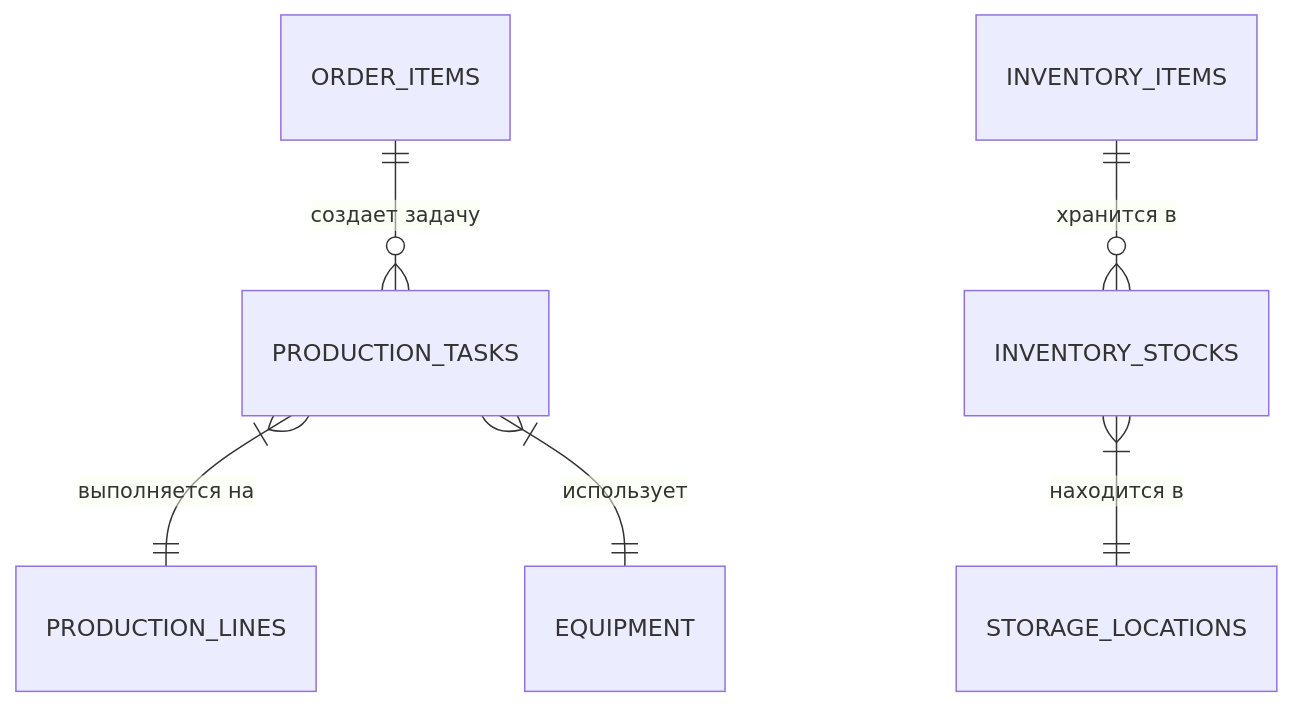
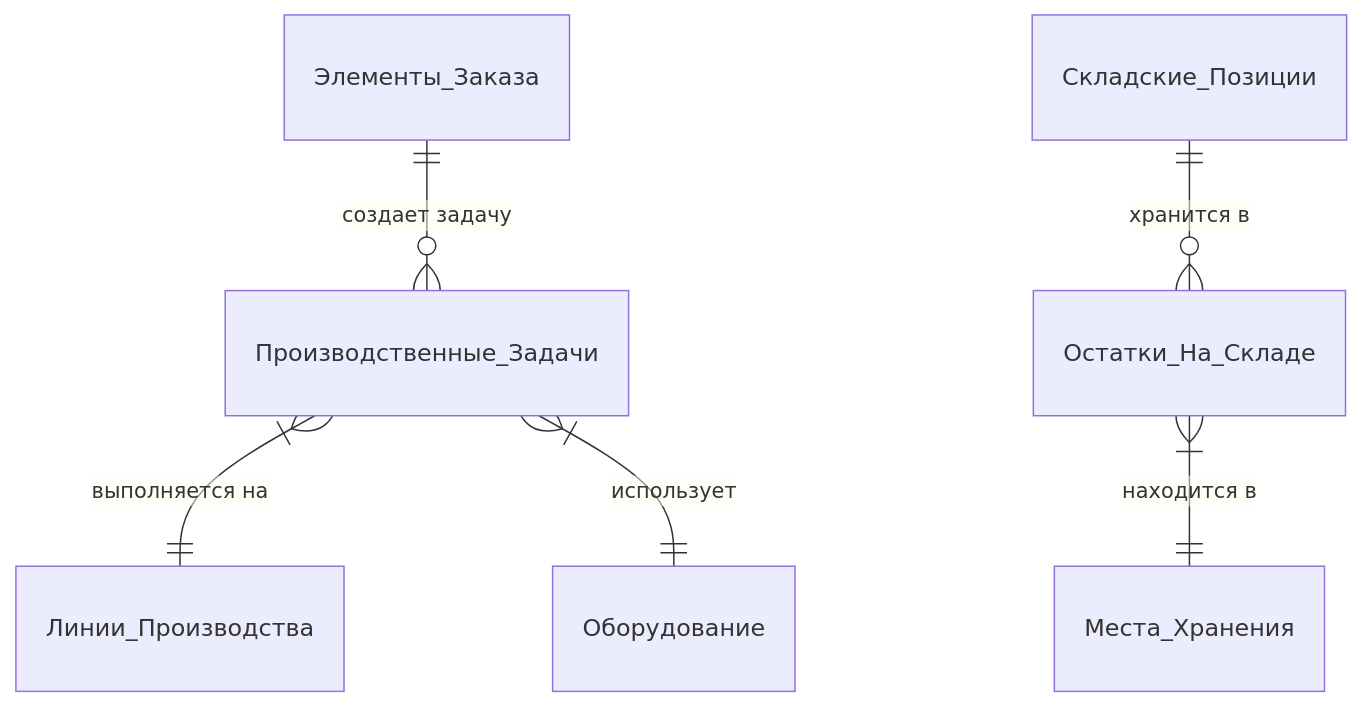
Before and after one commit to merch-crm/merch-crm: the second of 3 diagrams in vault/020-Архитектура/Схема-Связей.md, drawn with Mermaid. The commit also changed other lines of this file and 132 other files, not shown here.

````diff
--- a/vault/020-Архитектура/Схема-Связей.md
+++ b/vault/020-Архитектура/Схема-Связей.md
@@ -19,8 +32,8 @@
 ```mermaid
 erDiagram
-    ORDER_ITEMS ||--o{ PRODUCTION_TASKS : "создает задачу"
-    PRODUCTION_TASKS }|--|| PRODUCTION_LINES : "выполняется на"
-    PRODUCTION_TASKS }|--|| EQUIPMENT : "использует"
-    INVENTORY_ITEMS ||--o{ INVENTORY_STOCKS : "хранится в"
-    INVENTORY_STOCKS }|--|| STORAGE_LOCATIONS : "находится в"
+    Элементы_Заказа ||--o{ Производственные_Задачи : "создает задачу"
+    Производственные_Задачи }|--|| Линии_Производства : "выполняется на"
+    Производственные_Задачи }|--|| Оборудование : "использует"
+    Складские_Позиции ||--o{ Остатки_На_Складе : "хранится в"
+    Остатки_На_Складе }|--|| Места_Хранения : "находится в"
 ```
````
